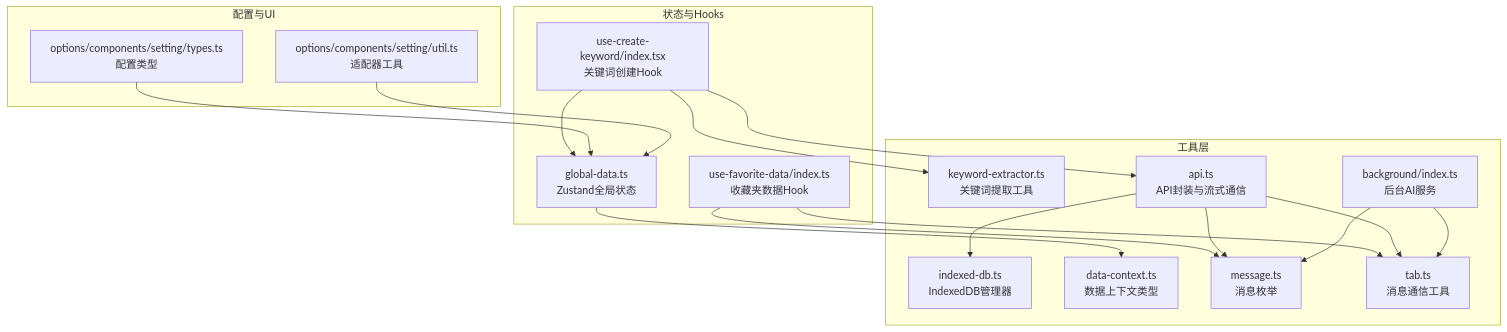
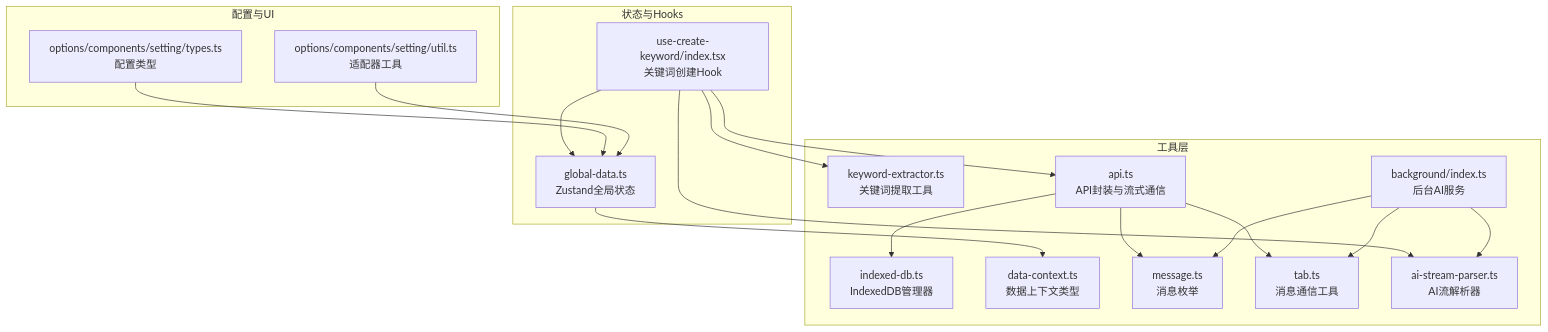
Before and after one commit to RadiumAg/bilibili-favorites: the first of 9 diagrams in .qoder/repowiki/zh/content/API参考文档/内部工具API.md, drawn with Mermaid. The commit also changed other lines of this file and 21 other files, not shown here.

````diff
--- a/.qoder/repowiki/zh/content/API参考文档/内部工具API.md
+++ b/.qoder/repowiki/zh/content/API参考文档/内部工具API.md
@@ -42,34 +53,34 @@
 ```mermaid
 graph TB
 subgraph "工具层"
 KE["keyword-extractor.ts<br/>关键词提取工具"]
 IDB["indexed-db.ts<br/>IndexedDB管理器"]
 DC["data-context.ts<br/>数据上下文类型"]
 MSG["message.ts<br/>消息枚举"]
 TAB["tab.ts<br/>消息通信工具"]
 API["api.ts<br/>API封装与流式通信"]
 BG["background/index.ts<br/>后台AI服务"]
+ASP["ai-stream-parser.ts<br/>AI流解析器"]
 end
 subgraph "状态与Hooks"
 GLOB["global-data.ts<br/>Zustand全局状态"]
 HKW["use-create-keyword/index.tsx<br/>关键词创建Hook"]
-HKF["use-favorite-data/index.ts<br/>收藏夹数据Hook"]
 end
 subgraph "配置与UI"
 OPT_TYPES["options/components/setting/types.ts<br/>配置类型"]
 OPT_UTIL["options/components/setting/util.ts<br/>适配器工具"]
 end
 HKW --> KE
 HKW --> API
+HKW --> ASP
 HKW --> GLOB
-HKF --> TAB
-HKF --> MSG
 API --> TAB
 API --> IDB
 API --> MSG
 BG --> MSG
 BG --> TAB
+BG --> ASP
 GLOB --> DC
 OPT_TYPES --> GLOB
 OPT_UTIL --> GLOB
 ```
````
